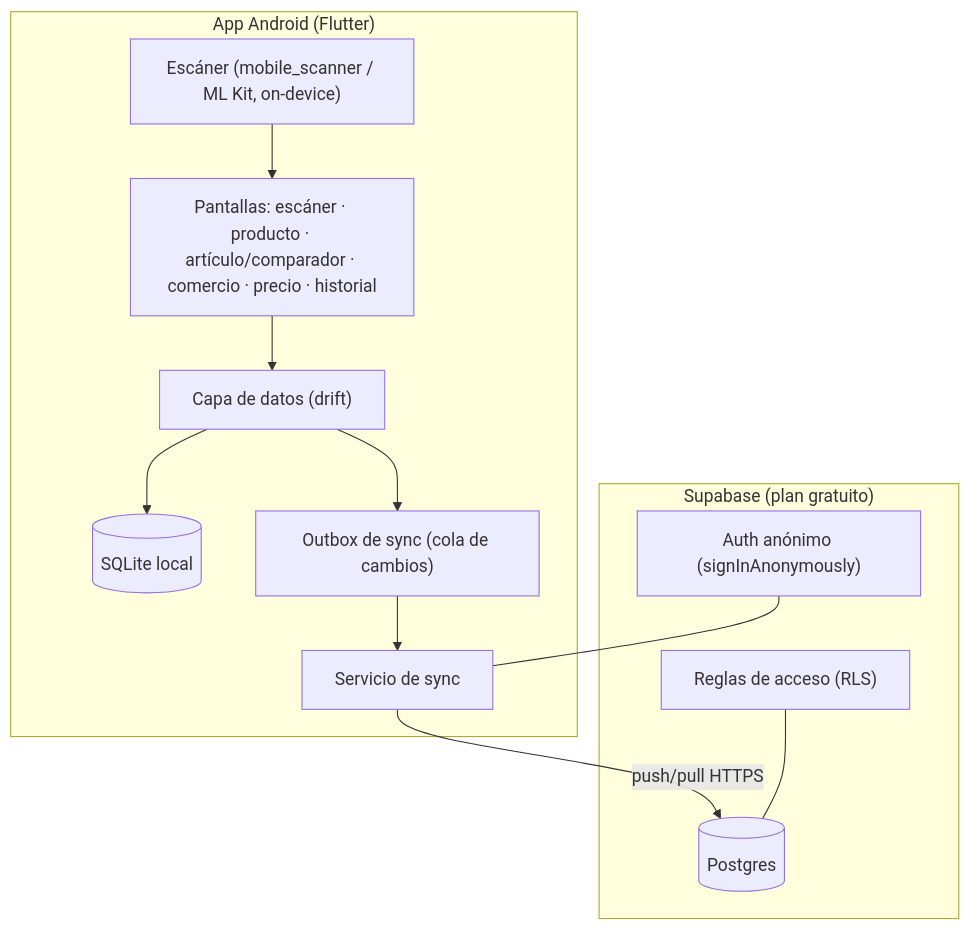
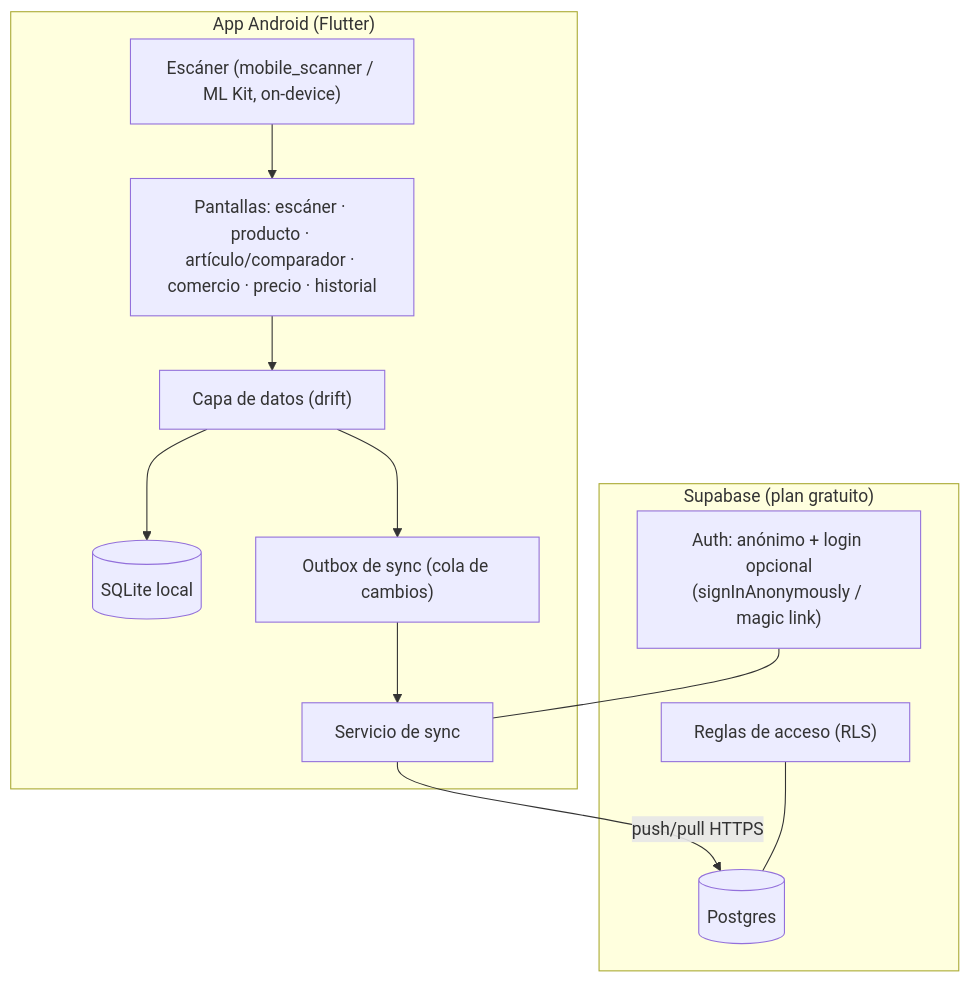
The first of 4 diagrams in docs/arquitectura.md (joriza/seguidor-precios), drawn with Mermaid before and after one commit. The commit also changed other lines of this file and 6 other files, not shown here.

````diff
--- a/docs/arquitectura.md
+++ b/docs/arquitectura.md
@@ -15,25 +15,25 @@
 ```mermaid
 flowchart TD
     subgraph App["App Android (Flutter)"]
         UI["Pantallas: escáner · producto · artículo/comparador · comercio · precio · historial"]
         SCAN["Escáner (mobile_scanner / ML Kit, on-device)"]
         REPO["Capa de datos (drift)"]
         DB[("SQLite local")]
         OUT["Outbox de sync (cola de cambios)"]
         SYNC["Servicio de sync"]
     end
     subgraph Nube["Supabase (plan gratuito)"]
         PG[("Postgres")]
         RLS["Reglas de acceso (RLS)"]
-        AUTH["Auth anónimo (signInAnonymously)"]
+        AUTH["Auth: anónimo + login opcional<br/>(signInAnonymously / magic link)"]
     end
 
     UI --> REPO
     SCAN --> UI
     REPO --> DB
     REPO --> OUT
     OUT --> SYNC
     SYNC -- "push/pull HTTPS" --> PG
     RLS --- PG
     AUTH --- SYNC
 ```
````
